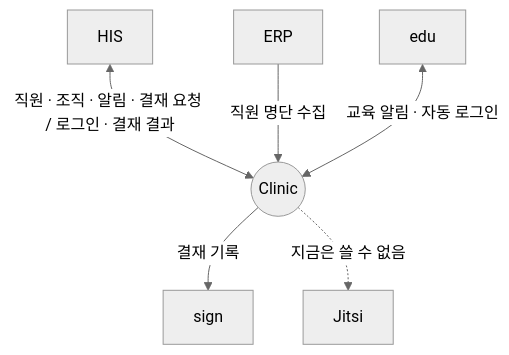
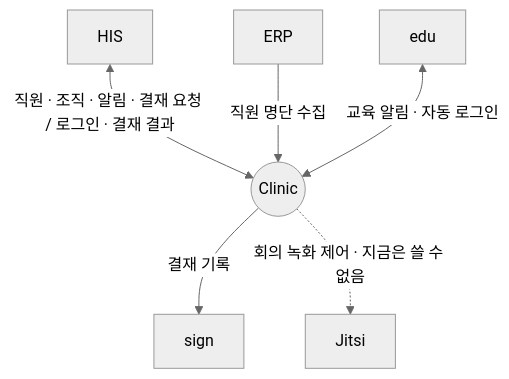
Before and after one commit to seanshin/werub-his-ecosystem: the second of 2 diagrams in projects/clinic.md, drawn with Mermaid (neutral theme). The commit also changed other lines of this file and 15 other files, not shown here.

````diff
--- a/projects/clinic.md
+++ b/projects/clinic.md
@@ -121,9 +131,9 @@
 ```mermaid
 flowchart TB
   CL(("Clinic"))
   HIS["HIS"] <-->|"직원 · 조직 · 알림 · 결재 요청 / 로그인 · 결재 결과"| CL
   ERP["ERP"] -->|"직원 명단 수집"| CL
   EDU["edu"] <-->|"교육 알림 · 자동 로그인"| CL
   CL -->|"결재 기록"| SIGN["sign"]
-  CL -.->|"지금은 쓸 수 없음"| JI["Jitsi"]
+  CL -.->|"회의 녹화 제어 · 지금은 쓸 수 없음"| JI["Jitsi"]
 ```
````
